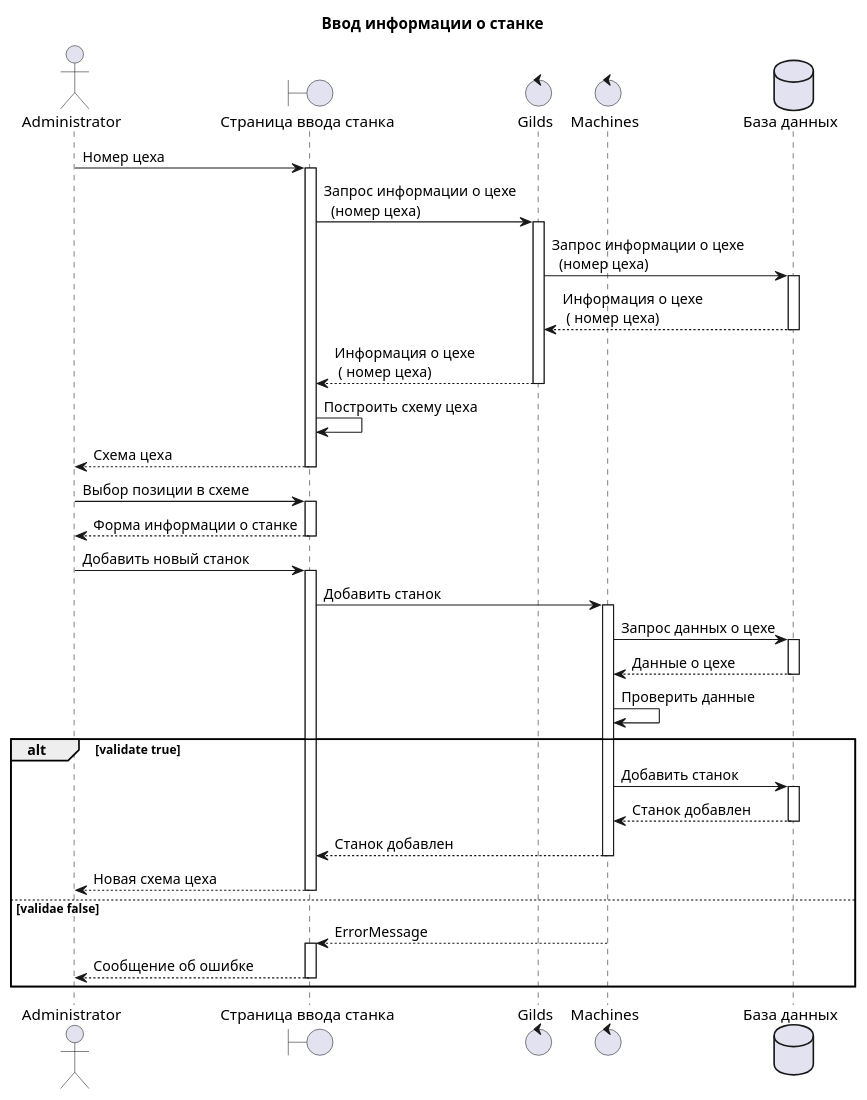
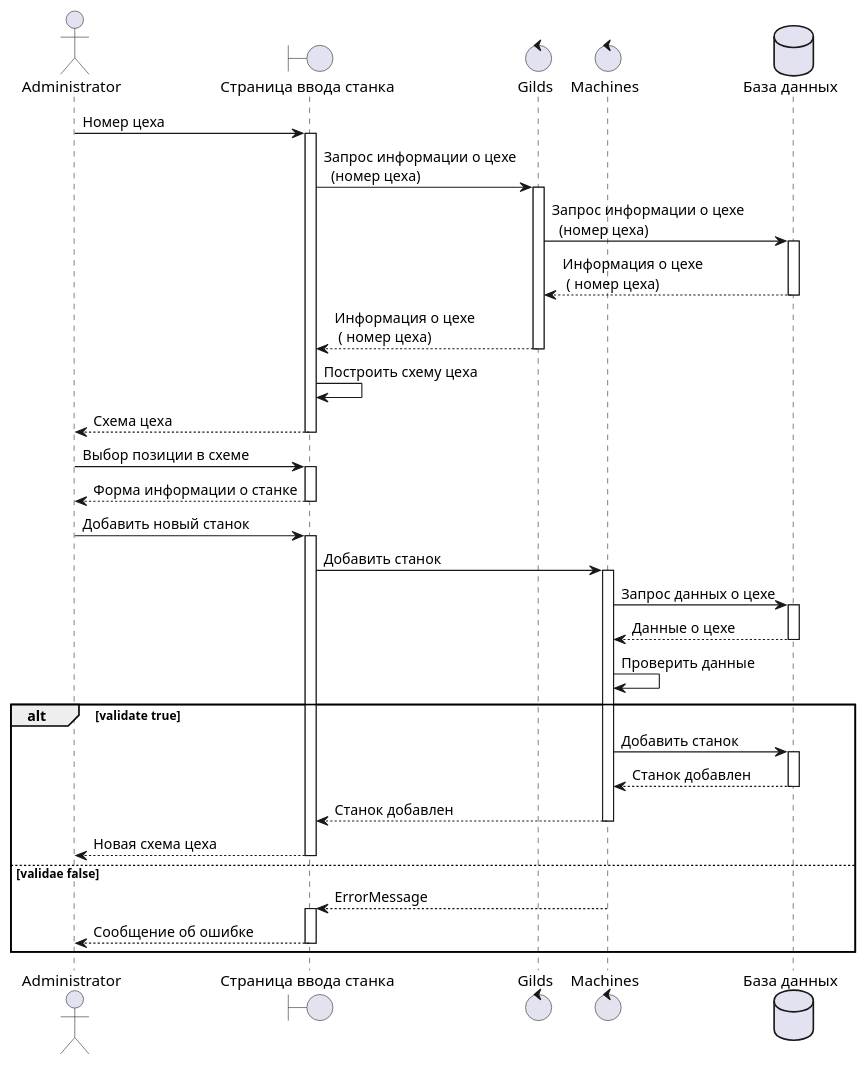
Before and after one commit to gtcoda/ARAS: the diagram in web/uml/gilds.puml, drawn with PlantUML. The commit also changed 10 other files, not shown here.

Commit message:
Доделал диаграммы последовательности

```diff
--- a/web/uml/gilds.puml
+++ b/web/uml/gilds.puml
@@ -1,61 +1,60 @@
 @startuml
-title Ввод информации о станке
 actor "Administrator" as User
 boundary "Страница ввода станка" as Page
 control "Gilds" as Gilds
 control "Machines" as Machines
 database "База данных" as DB
 
 ' Начало построения схемы цеха
 User -> Page ++ : Номер цеха
 
 Page -> Gilds ++: Запрос информации о цехе \n  (номер цеха)
 
 Gilds -> DB ++: Запрос информации о цехе \n  (номер цеха)
 Gilds <-- DB --: Информация о цехе  \n ( номер цеха)
 
 Page <-- Gilds --: Информация о цехе  \n ( номер цеха)
 
 Page -> Page : Построить схему цеха
 User <-- Page -- : Схема цеха
 
 ' Конец построения схемы цеха
 
 
 User -> Page ++ : Выбор позиции в схеме
 User <-- Page -- : Форма информации о станке
 
 
 
 User -> Page ++ : Добавить новый станок
 Page -> Machines ++ : Добавить станок
 
 Machines -> DB++ : Запрос данных о цехе
 Machines <-- DB -- : Данные о цехе
 
 Machines -> Machines : Проверить данные
 
 
 alt validate true
 
     Machines -> DB ++ : Добавить станок
     Machines <-- DB -- : Станок добавлен
 
     Page <-- Machines -- : Станок добавлен
     User <-- Page --  : Новая схема цеха
 
 
 else  validae false
     
     Page <-- Machines ++   : ErrorMessage
     User <-- Page  -- : Cообщение об ошибке
 
 end
 
 
 
 
 
 
 
 @enduml
```
